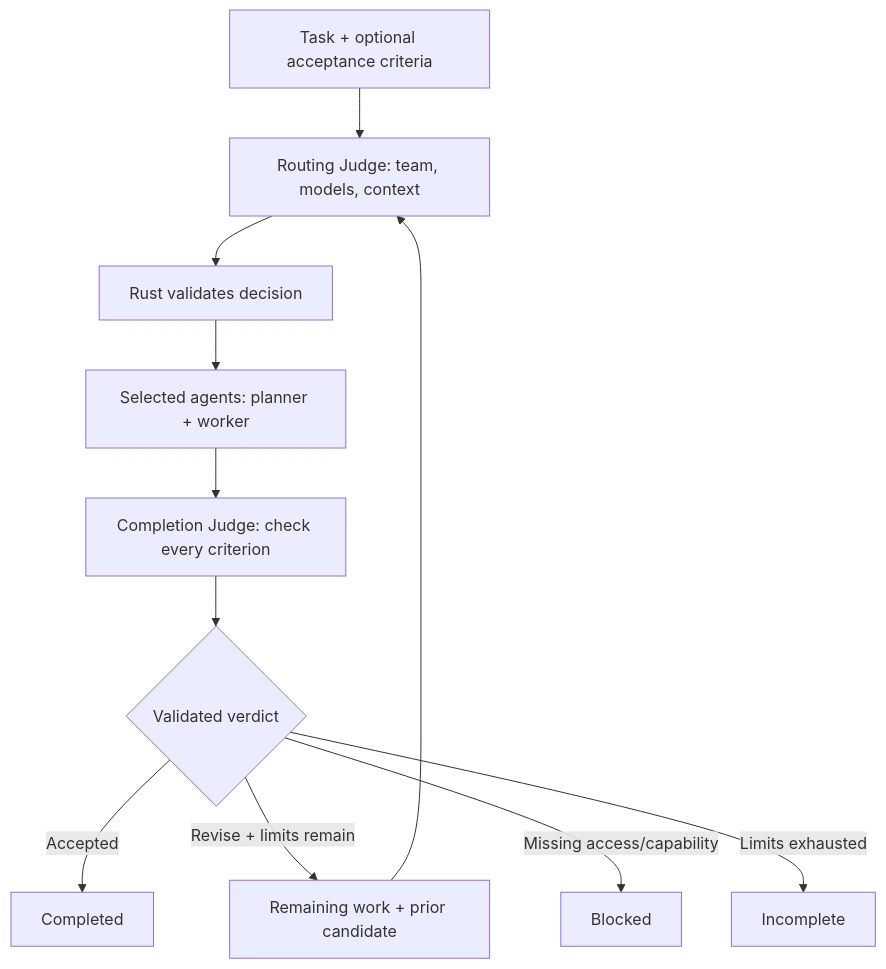
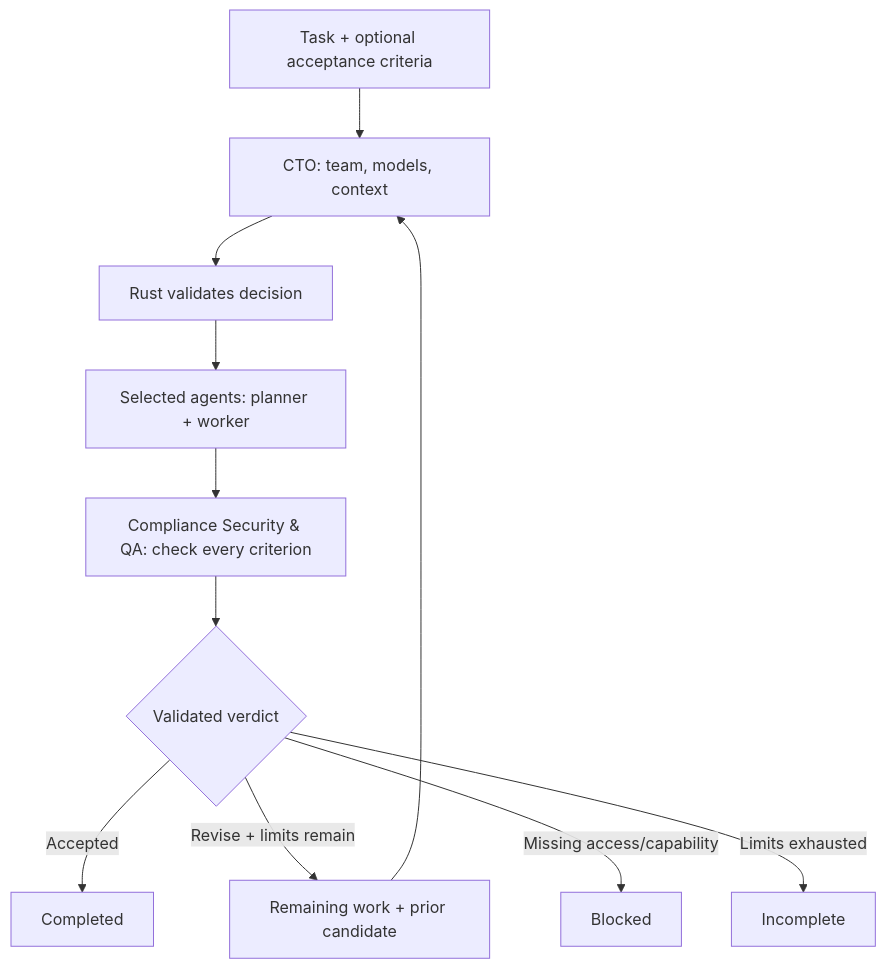
One commit to Monzingo89/gents-rust-lab changed the diagram in docs/12-ai-judges-and-repair-loops.md. Above: the diagram before and after it, drawn with Mermaid. The commit also changed other lines of this file and 140 other files, not shown here.

````diff
--- a/docs/12-ai-judges-and-repair-loops.md
+++ b/docs/12-ai-judges-and-repair-loops.md
@@ -7,13 +7,13 @@
 ```mermaid
 flowchart TD
-  T["Task + optional acceptance criteria"] --> R["Routing Judge: team, models, context"]
+  T["Task + optional acceptance criteria"] --> R["CTO: team, models, context"]
   R --> V["Rust validates decision"]
   V --> A["Selected agents: planner + worker"]
-  A --> J["Completion Judge: check every criterion"]
+  A --> J["Compliance Security & QA: check every criterion"]
   J --> C{"Validated verdict"}
   C -->|"Accepted"| D["Completed"]
   C -->|"Revise + limits remain"| F["Remaining work + prior candidate"]
   F --> R
   C -->|"Missing access/capability"| B["Blocked"]
   C -->|"Limits exhausted"| I["Incomplete"]
 ```
````
